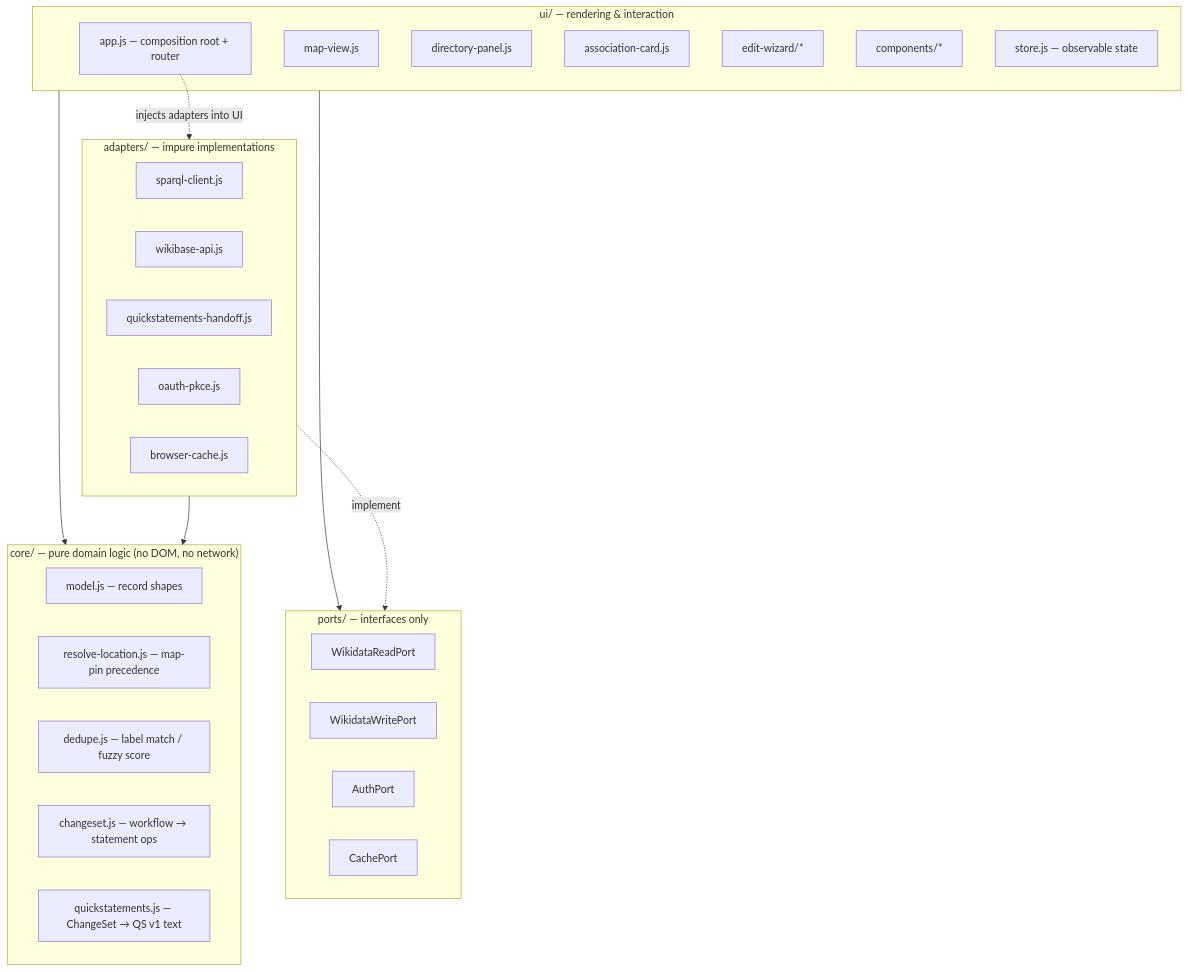
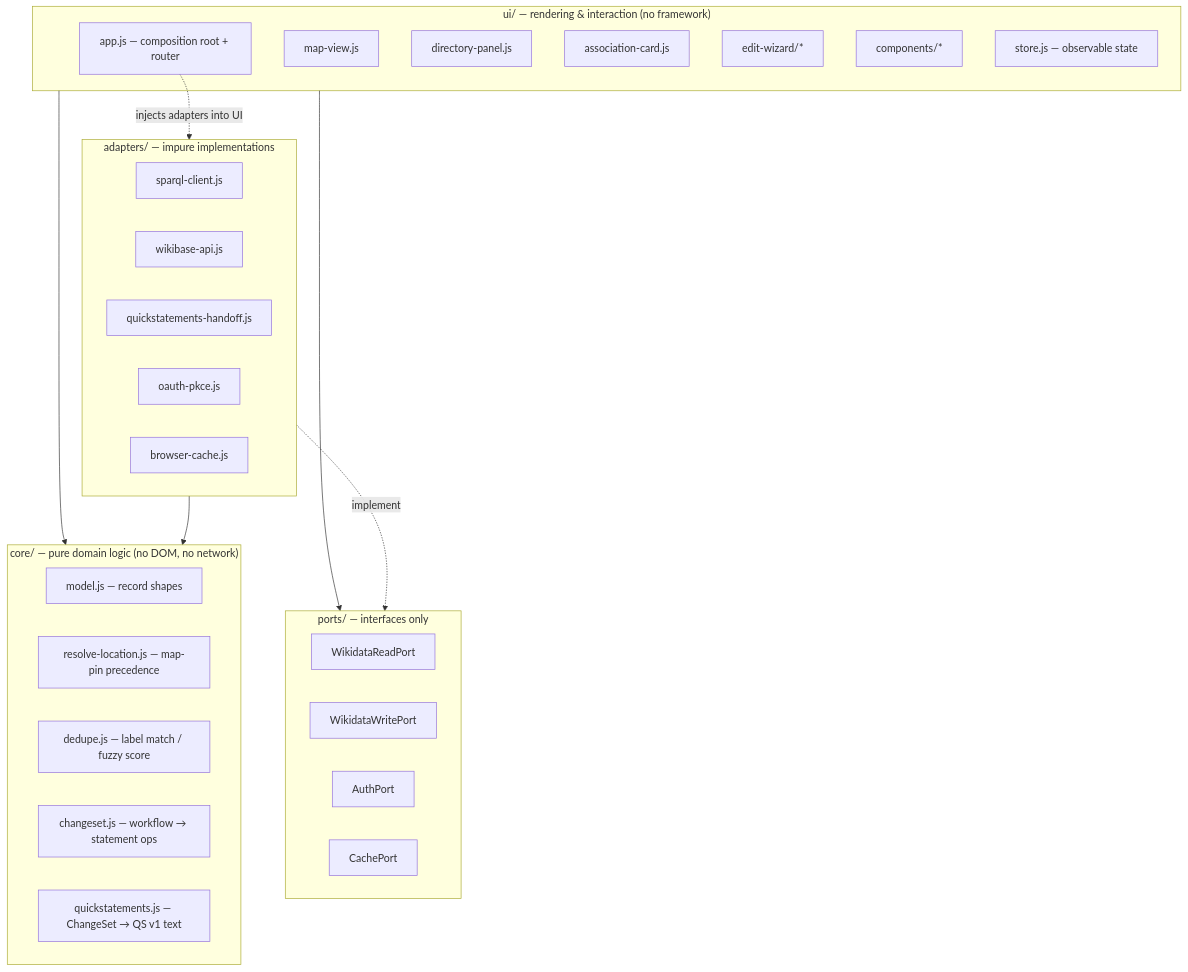
One commit to cboulanger/socio-legal-wikidata changed the diagram in docs/spec/2026-09-02-ui-design.md. Above: the diagram before and after it, drawn with Mermaid. The commit also changed other lines of this file and 1 other file, not shown here.

````diff
--- a/docs/spec/2026-09-02-ui-design.md
+++ b/docs/spec/2026-09-02-ui-design.md
@@ -84,38 +194,38 @@
 ```mermaid
 flowchart TD
-    subgraph UI["ui/ — rendering &amp; interaction"]
+    subgraph UI["ui/ — rendering &amp; interaction (no framework)"]
         APP["app.js — composition root + router"]
         MAPV["map-view.js"]
         PANEL["directory-panel.js"]
         CARD["association-card.js"]
         WIZ["edit-wizard/*"]
         CMP["components/*"]
         STORE["store.js — observable state"]
     end
     subgraph CORE["core/ — pure domain logic (no DOM, no network)"]
         MODEL["model.js — record shapes"]
         LOC["resolve-location.js — map-pin precedence"]
         DEDUPE["dedupe.js — label match / fuzzy score"]
         CS["changeset.js — workflow → statement ops"]
         QSER["quickstatements.js — ChangeSet → QS v1 text"]
     end
     subgraph PORTS["ports/ — interfaces only"]
         RP["WikidataReadPort"]
         WP["WikidataWritePort"]
         AUP["AuthPort"]
         CAP["CachePort"]
     end
     subgraph ADAPTERS["adapters/ — impure implementations"]
         SPARQL["sparql-client.js"]
         WBAPI["wikibase-api.js"]
         QSH["quickstatements-handoff.js"]
         OA["oauth-pkce.js"]
         BC["browser-cache.js"]
     end
 
     UI --> CORE
     UI --> PORTS
     ADAPTERS --> CORE
     ADAPTERS -. implement .-> PORTS
     APP -. injects adapters into UI .-> ADAPTERS
 ```
````
